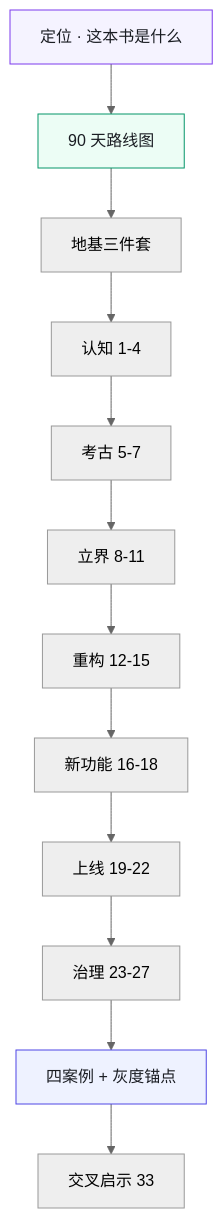
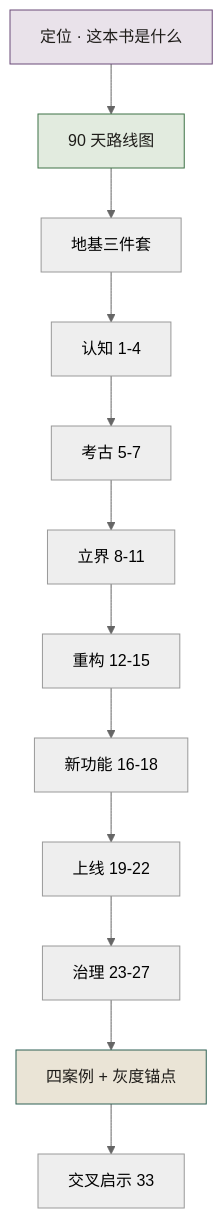
The diagram in docs/manuscript/README.md (funny8kids/AI_Native_Software_Engineering), drawn with Mermaid (neutral theme) before and after one commit. The commit also changed 81 other files, not shown here.

````diff
--- a/docs/manuscript/README.md
+++ b/docs/manuscript/README.md
@@ -16,17 +16,17 @@
 ```mermaid
 flowchart TB
   POS[定位 · 这本书是什么] --> ROAD[90 天路线图]
   ROAD --> F[地基三件套]
   F --> P1[认知 1-4]
   P1 --> P2[考古 5-7]
   P2 --> P3[立界 8-11]
   P3 --> P4[重构 12-15]
   P4 --> P5[新功能 16-18]
   P5 --> P6[上线 19-22]
   P6 --> P7[治理 23-27]
   P7 --> CASES[四案例 + 灰度锚点]
   CASES --> P9[交叉启示 33]
-  style POS fill:#f5f3ff,stroke:#7c3aed,color:#1a1d23
-  style ROAD fill:#ecfdf5,stroke:#059669,color:#1a1d23
-  style CASES fill:#eef2ff,stroke:#4f46e5,color:#1a1d23
+  style POS fill:#e9e2ea,stroke:#6a4a78,color:#1e1c19
+  style ROAD fill:#e2ebdf,stroke:#3e7247,color:#1e1c19
+  style CASES fill:#eae4d6,stroke:#2f6154,color:#1e1c19
 ```
````
